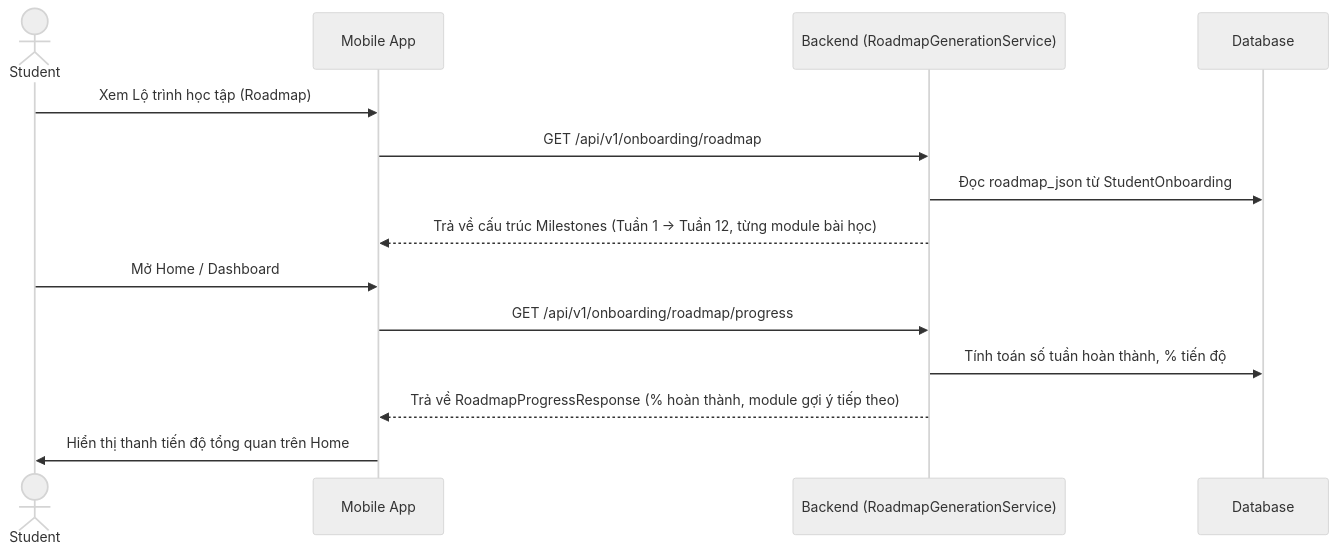
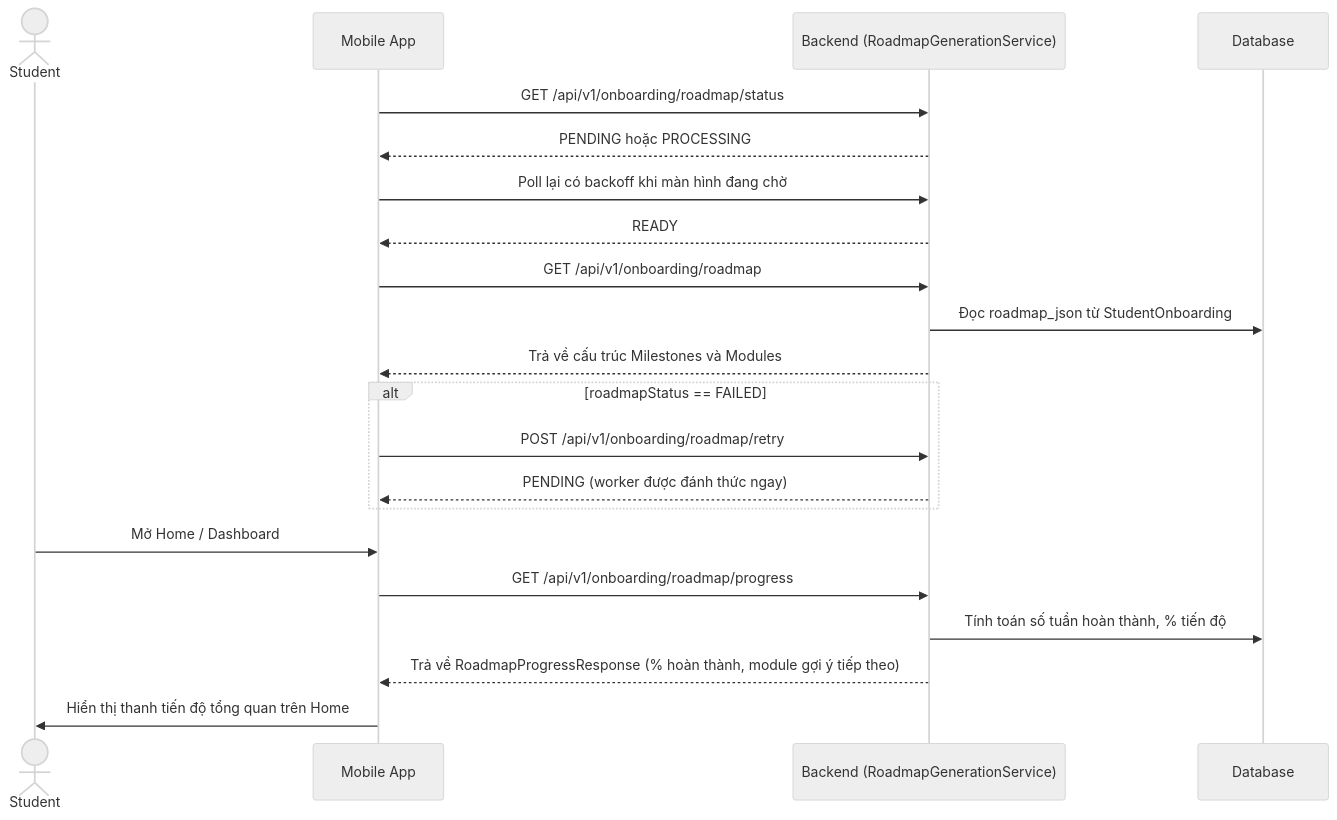
Before and after one commit to Son-COC-145/english-ed-backend: the fourth of 4 diagrams in docs/module_0/flow.md, drawn with Mermaid (neutral theme). The commit also changed other lines of this file and 21 other files, not shown here.

Commit message:
feat(onboarding): harden goal survey and roadmap lifecycle

````diff
--- a/docs/module_0/flow.md
+++ b/docs/module_0/flow.md
@@ -317,18 +333,26 @@
 ```mermaid
 sequenceDiagram
     actor Student
     participant App as Mobile App
     participant BE as Backend (RoadmapGenerationService)
     participant DB as Database
 
-    Student->>App: Xem Lộ trình học tập (Roadmap)
+    App->>BE: GET /api/v1/onboarding/roadmap/status
+    BE-->>App: PENDING hoặc PROCESSING
+    App->>BE: Poll lại có backoff khi màn hình đang chờ
+    BE-->>App: READY
     App->>BE: GET /api/v1/onboarding/roadmap
     BE->>DB: Đọc roadmap_json từ StudentOnboarding
-    BE-->>App: Trả về cấu trúc Milestones (Tuần 1 -> Tuần 12, từng module bài học)
+    BE-->>App: Trả về cấu trúc Milestones và Modules
+
+    alt roadmapStatus == FAILED
+        App->>BE: POST /api/v1/onboarding/roadmap/retry
+        BE-->>App: PENDING (worker được đánh thức ngay)
+    end
 
     Student->>App: Mở Home / Dashboard
     App->>BE: GET /api/v1/onboarding/roadmap/progress
     BE->>DB: Tính toán số tuần hoàn thành, % tiến độ
     BE-->>App: Trả về RoadmapProgressResponse (% hoàn thành, module gợi ý tiếp theo)
     App->>Student: Hiển thị thanh tiến độ tổng quan trên Home
 ```
````
